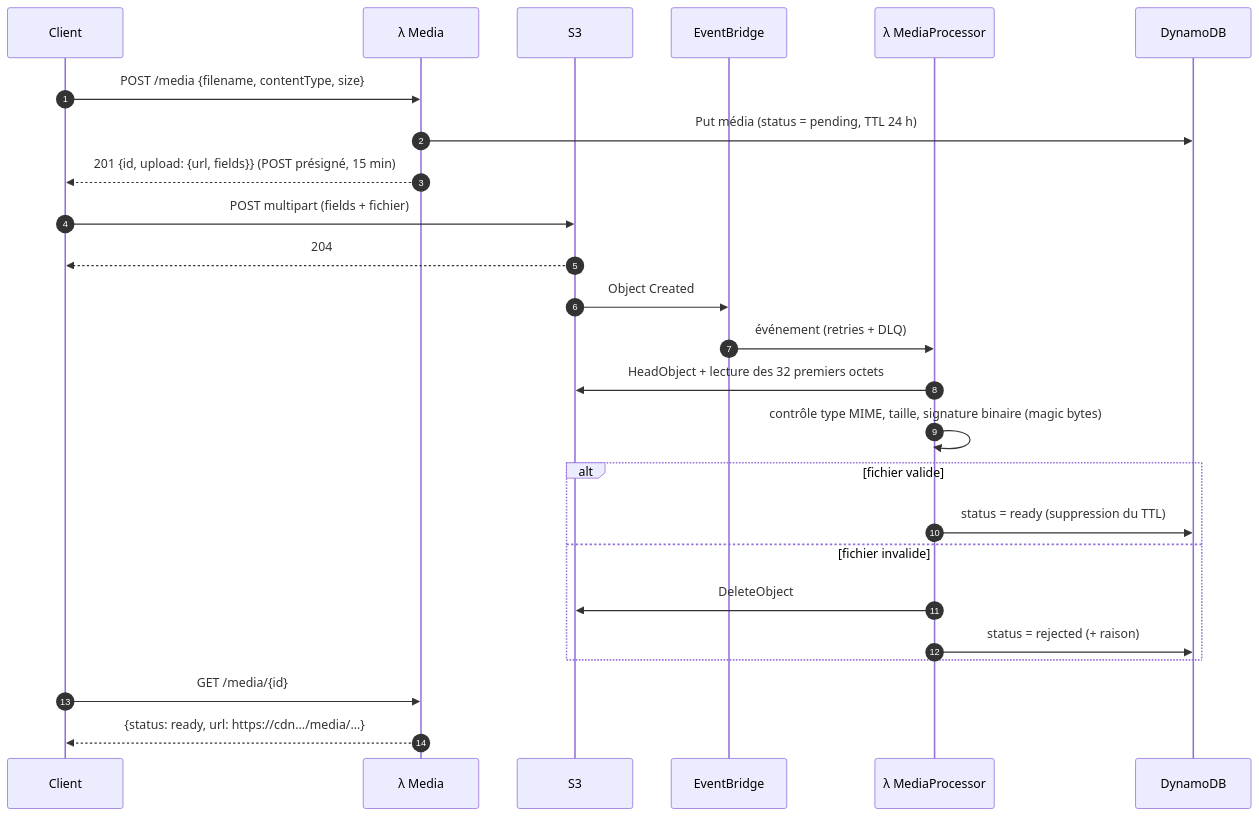
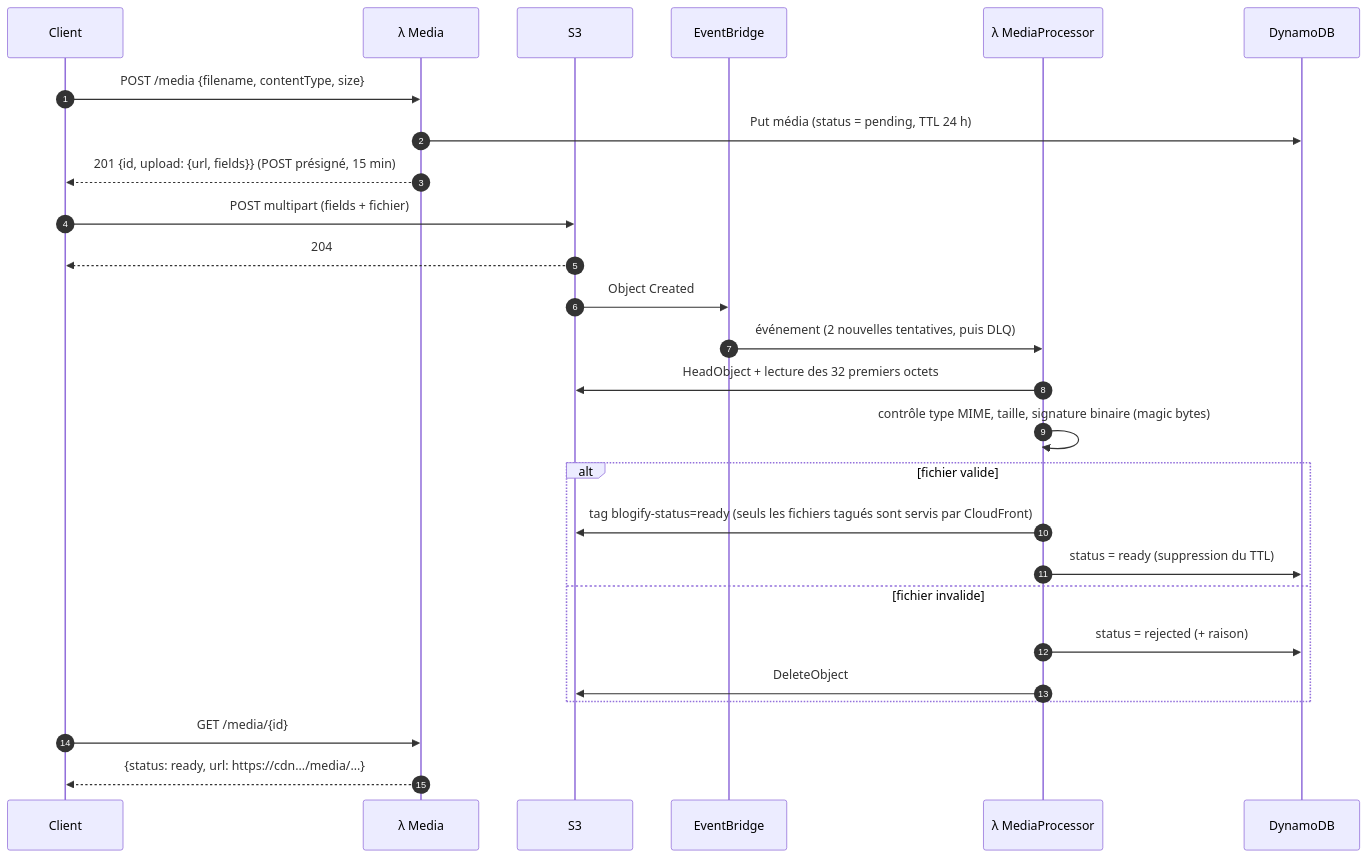
Before and after one commit to rayenebnt/5LAMB: the third of 5 diagrams in docs/ARCHITECTURE.md, drawn with Mermaid. The commit also changed other lines of this file and 5 other files, not shown here.

````diff
--- a/docs/ARCHITECTURE.md
+++ b/docs/ARCHITECTURE.md
@@ -160,27 +160,28 @@
 ```mermaid
 sequenceDiagram
   autonumber
   participant C as Client
   participant M as λ Media
   participant S as S3
   participant E as EventBridge
   participant V as λ MediaProcessor
   participant D as DynamoDB
   C->>M: POST /media {filename, contentType, size}
   M->>D: Put média (status = pending, TTL 24 h)
   M-->>C: 201 {id, upload: {url, fields}} (POST présigné, 15 min)
   C->>S: POST multipart (fields + fichier)
   S-->>C: 204
   S->>E: Object Created
-  E->>V: événement (retries + DLQ)
+  E->>V: événement (2 nouvelles tentatives, puis DLQ)
   V->>S: HeadObject + lecture des 32 premiers octets
   V->>V: contrôle type MIME, taille, signature binaire (magic bytes)
   alt fichier valide
+    V->>S: tag blogify-status=ready (seuls les fichiers tagués sont servis par CloudFront)
     V->>D: status = ready (suppression du TTL)
   else fichier invalide
+    V->>D: status = rejected (+ raison)
     V->>S: DeleteObject
-    V->>D: status = rejected (+ raison)
   end
   C->>M: GET /media/{id}
   M-->>C: {status: ready, url: https://cdn.../media/...}
 ```
````
